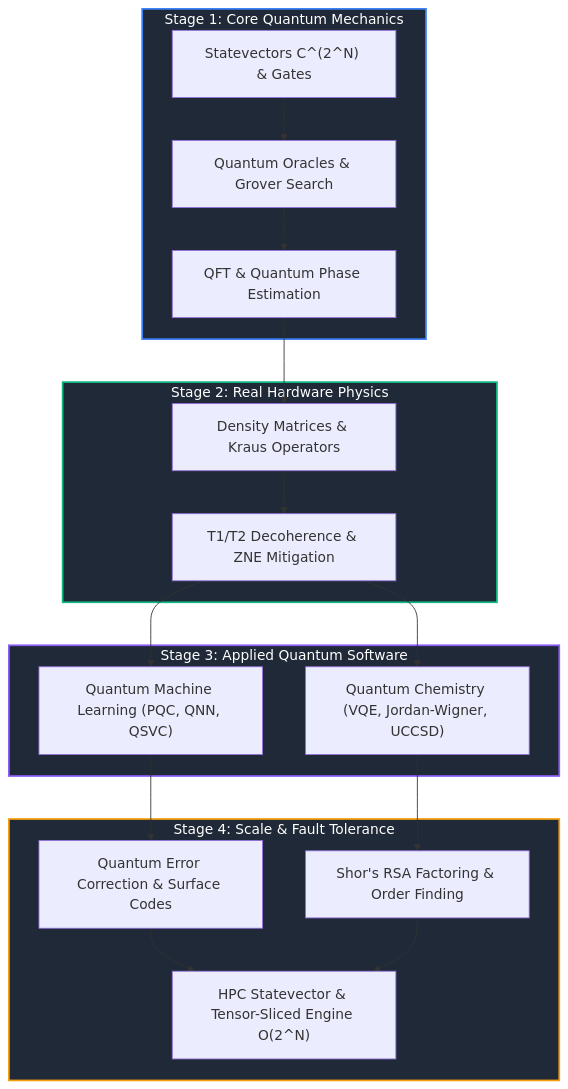
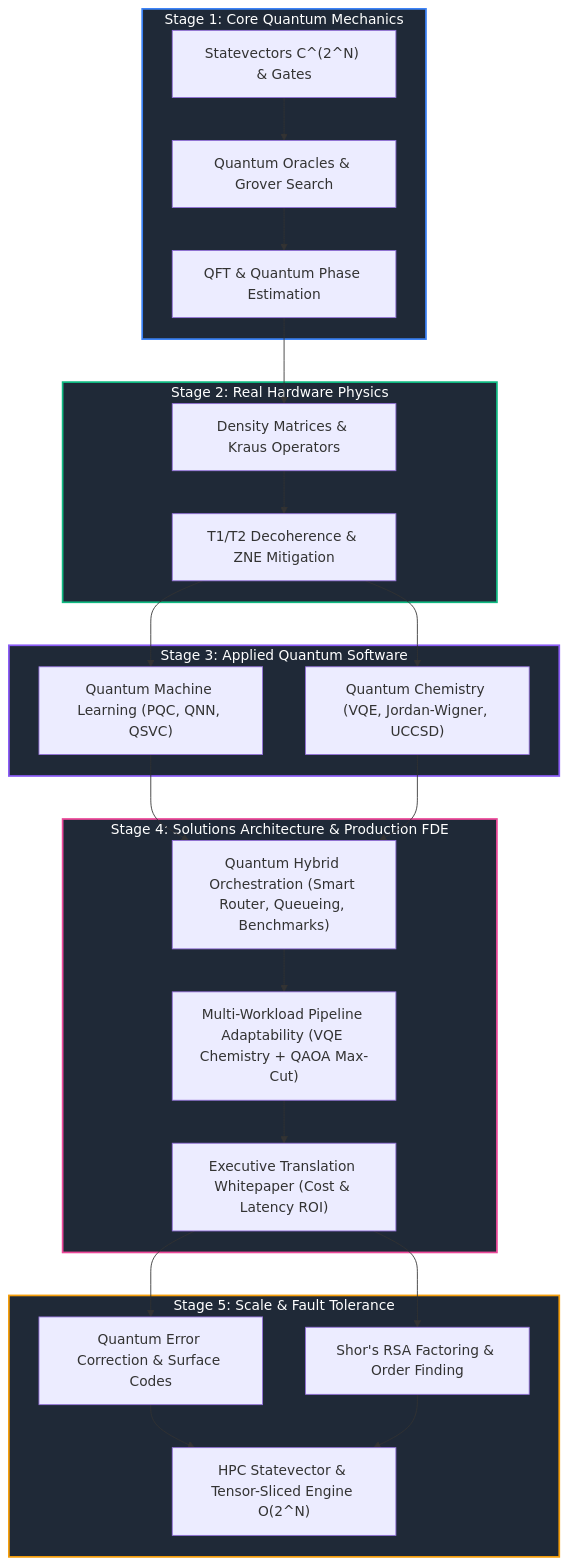
One commit to aashiq-parinda/quantum-engineering-portfolio changed the diagram in README.md. Above: the diagram before and after it, drawn with Mermaid. The commit also changed other lines of this file, not shown here.

Commit message:
feat: add quantum-hybrid-orchestration Solutions Architect & FDE evidence to portfolio index

````diff
--- a/README.md
+++ b/README.md
@@ -27,29 +28,37 @@
 ```mermaid
 flowchart TD
     subgraph Core ["Stage 1: Core Quantum Mechanics"]
         A["Statevectors C^(2^N) & Gates"] --> B["Quantum Oracles & Grover Search"]
         B --> C["QFT & Quantum Phase Estimation"]
     end
 
     subgraph Noise ["Stage 2: Real Hardware Physics"]
         C --> D["Density Matrices & Kraus Operators"]
         D --> E["T1/T2 Decoherence & ZNE Mitigation"]
     end
 
     subgraph Applications ["Stage 3: Applied Quantum Software"]
         E --> F["Quantum Machine Learning (PQC, QNN, QSVC)"]
         E --> G["Quantum Chemistry (VQE, Jordan-Wigner, UCCSD)"]
     end
 
-    subgraph FaultTolerance ["Stage 4: Scale & Fault Tolerance"]
-        F --> H["Quantum Error Correction & Surface Codes"]
-        G --> I["Shor's RSA Factoring & Order Finding"]
-        H --> J["HPC Statevector & Tensor-Sliced Engine O(2^N)"]
-        I --> J
+    subgraph Architecture ["Stage 4: Solutions Architecture & Production FDE"]
+        F --> H["Quantum Hybrid Orchestration (Smart Router, Queueing, Benchmarks)"]
+        G --> H
+        H --> I["Multi-Workload Pipeline Adaptability (VQE Chemistry + QAOA Max-Cut)"]
+        I --> J["Executive Translation Whitepaper (Cost & Latency ROI)"]
+    end
+
+    subgraph FaultTolerance ["Stage 5: Scale & Fault Tolerance"]
+        J --> K["Quantum Error Correction & Surface Codes"]
+        J --> L["Shor's RSA Factoring & Order Finding"]
+        K --> M["HPC Statevector & Tensor-Sliced Engine O(2^N)"]
+        L --> M
     end
 
     style Core fill:#1f2937,stroke:#3b82f6,stroke-width:2px,color:#fff
     style Noise fill:#1f2937,stroke:#10b981,stroke-width:2px,color:#fff
     style Applications fill:#1f2937,stroke:#8b5cf6,stroke-width:2px,color:#fff
+    style Architecture fill:#1f2937,stroke:#ec4899,stroke-width:2px,color:#fff
     style FaultTolerance fill:#1f2937,stroke:#f59e0b,stroke-width:2px,color:#fff
 ```
````
